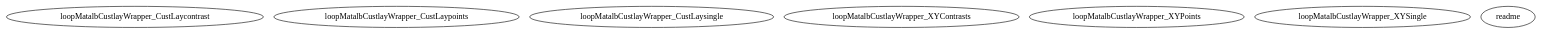
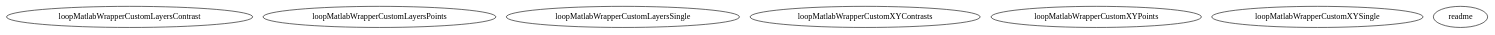
The diagram in master/api_reference/targetFunctions/common/loopMatlabCustomLayers/sourceCompile/graph.dot (RascalSoftware/RAT), drawn with Graphviz before and after one commit. The commit also changed 336 other files, not shown here.

```diff
--- a/master/api_reference/targetFunctions/common/loopMatlabCustomLayers/sourceCompile/graph.dot
+++ b/master/api_reference/targetFunctions/common/loopMatlabCustomLayers/sourceCompile/graph.dot
@@ -1,11 +1,11 @@
 /* Created by mdot for Matlab */
 digraph m2html {
 
-  loopMatalbCustlayWrapper_CustLaycontrast [URL="loopMatalbCustlayWrapper_CustLaycontrast.html"];
-  loopMatalbCustlayWrapper_CustLaypoints [URL="loopMatalbCustlayWrapper_CustLaypoints.html"];
-  loopMatalbCustlayWrapper_CustLaysingle [URL="loopMatalbCustlayWrapper_CustLaysingle.html"];
-  loopMatalbCustlayWrapper_XYContrasts [URL="loopMatalbCustlayWrapper_XYContrasts.html"];
-  loopMatalbCustlayWrapper_XYPoints [URL="loopMatalbCustlayWrapper_XYPoints.html"];
-  loopMatalbCustlayWrapper_XYSingle [URL="loopMatalbCustlayWrapper_XYSingle.html"];
+  loopMatlabWrapperCustomLayersContrast [URL="loopMatlabWrapperCustomLayersContrast.html"];
+  loopMatlabWrapperCustomLayersPoints [URL="loopMatlabWrapperCustomLayersPoints.html"];
+  loopMatlabWrapperCustomLayersSingle [URL="loopMatlabWrapperCustomLayersSingle.html"];
+  loopMatlabWrapperCustomXYContrasts [URL="loopMatlabWrapperCustomXYContrasts.html"];
+  loopMatlabWrapperCustomXYPoints [URL="loopMatlabWrapperCustomXYPoints.html"];
+  loopMatlabWrapperCustomXYSingle [URL="loopMatlabWrapperCustomXYSingle.html"];
   readme [URL="readme.html"];
 }
```
